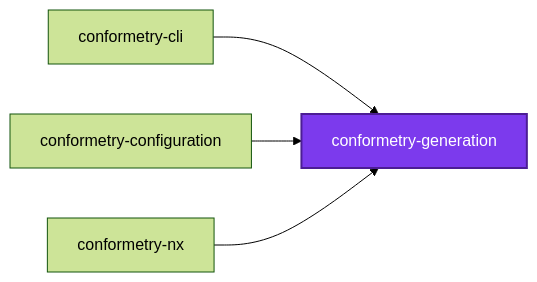
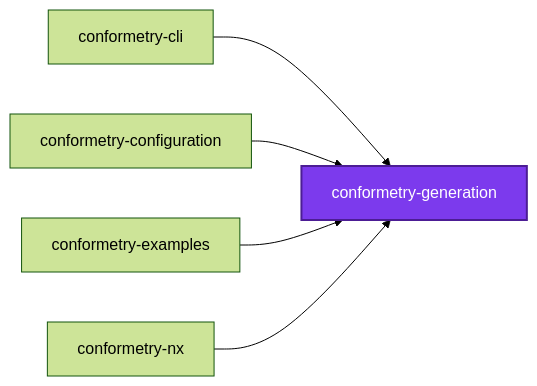
One commit to JimmyPaolini/codebase changed the first of 3 diagrams in packages/conformetry-generation/README.md. Above: the diagram before and after it, drawn with Mermaid (forest theme). The commit also changed other lines of this file and 25 other files, not shown here.

````diff
--- a/packages/conformetry-generation/README.md
+++ b/packages/conformetry-generation/README.md
@@ -150,12 +150,14 @@
 ```mermaid
 graph LR
   conformetry_cli["conformetry-cli"]
   conformetry_configuration["conformetry-configuration"]
+  conformetry_examples["conformetry-examples"]
   conformetry_generation["conformetry-generation"]
   conformetry_nx["conformetry-nx"]
   conformetry_cli --> conformetry_generation
   conformetry_configuration --> conformetry_generation
+  conformetry_examples --> conformetry_generation
   conformetry_nx --> conformetry_generation
   classDef subject fill:#7c3aed,color:#fff,stroke:#4c1d95,stroke-width:2px
   class conformetry_generation subject
 ```
````
